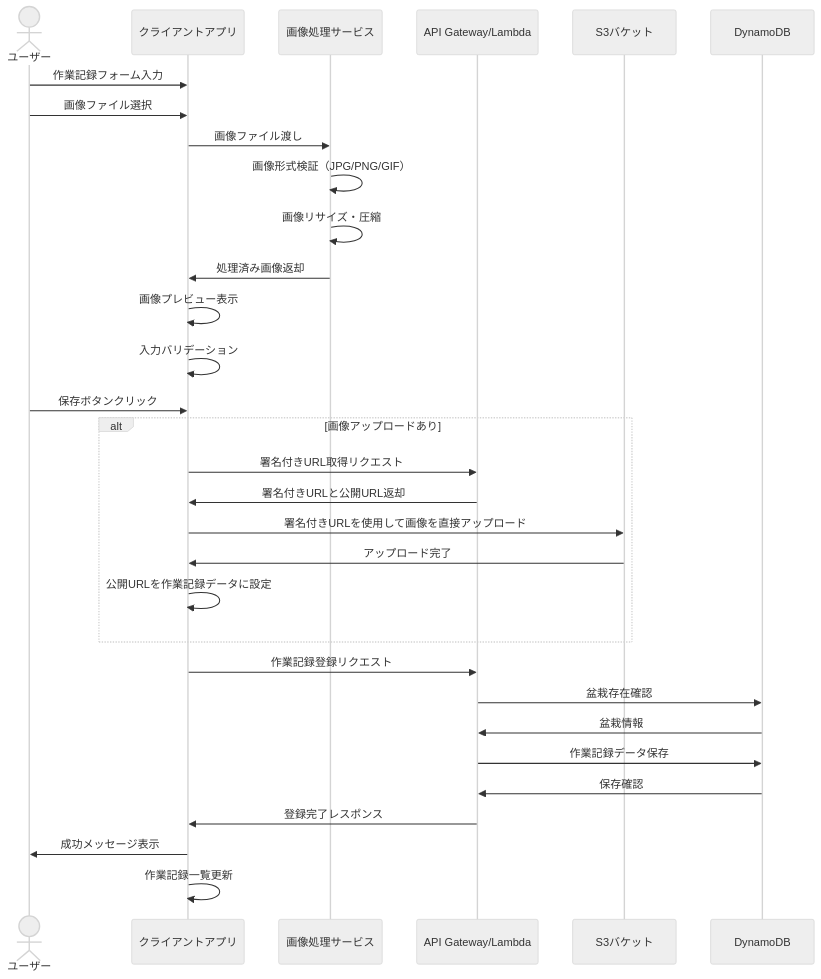
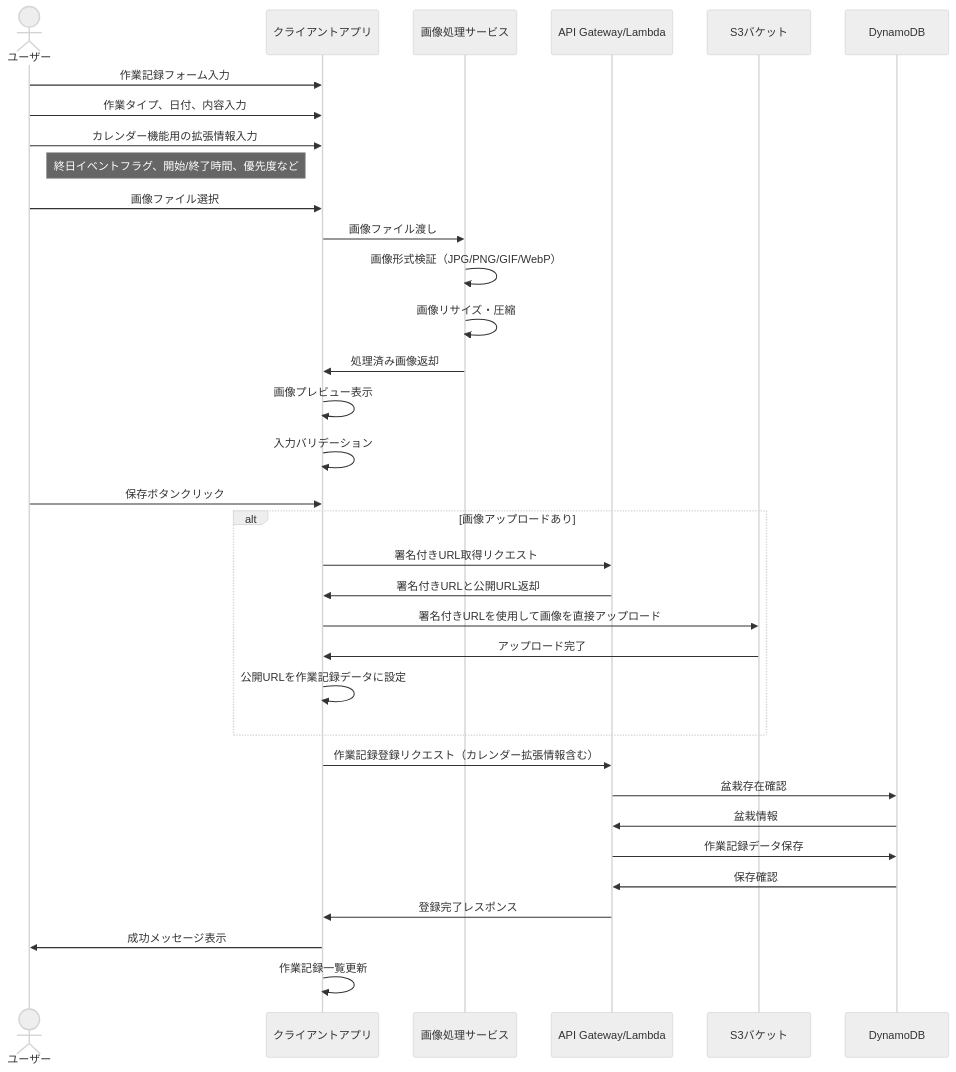
One commit to masanori-sasaki/bonsai-app changed the seventh of 10 diagrams in docs/design/process-flow.md. Above: the diagram before and after it, drawn with Mermaid (neutral theme). The commit also changed other lines of this file and 44 other files, not shown here.

````diff
--- a/docs/design/process-flow.md
+++ b/docs/design/process-flow.md
@@ -187,36 +187,39 @@
 ```mermaid
 sequenceDiagram
     actor User as ユーザー
     participant Client as クライアントアプリ
     participant ImageService as 画像処理サービス
     participant API as API Gateway/Lambda
     participant S3 as S3バケット
     participant DynamoDB as DynamoDB
 
     User->>Client: 作業記録フォーム入力
+    User->>Client: 作業タイプ、日付、内容入力
+    User->>Client: カレンダー機能用の拡張情報入力
+    note right of User: 終日イベントフラグ、開始/終了時間、優先度など
     User->>Client: 画像ファイル選択
     Client->>ImageService: 画像ファイル渡し
-    ImageService->>ImageService: 画像形式検証（JPG/PNG/GIF）
+    ImageService->>ImageService: 画像形式検証（JPG/PNG/GIF/WebP）
     ImageService->>ImageService: 画像リサイズ・圧縮
     ImageService->>Client: 処理済み画像返却
     Client->>Client: 画像プレビュー表示
     Client->>Client: 入力バリデーション
     User->>Client: 保存ボタンクリック
     
     alt 画像アップロードあり
         Client->>API: 署名付きURL取得リクエスト
         API->>Client: 署名付きURLと公開URL返却
         Client->>S3: 署名付きURLを使用して画像を直接アップロード
         S3->>Client: アップロード完了
         Client->>Client: 公開URLを作業記録データに設定
     end
     
-    Client->>API: 作業記録登録リクエスト
+    Client->>API: 作業記録登録リクエスト（カレンダー拡張情報含む）
     API->>DynamoDB: 盆栽存在確認
     DynamoDB->>API: 盆栽情報
     API->>DynamoDB: 作業記録データ保存
     DynamoDB->>API: 保存確認
     API->>Client: 登録完了レスポンス
     Client->>User: 成功メッセージ表示
     Client->>Client: 作業記録一覧更新
 ```
````
